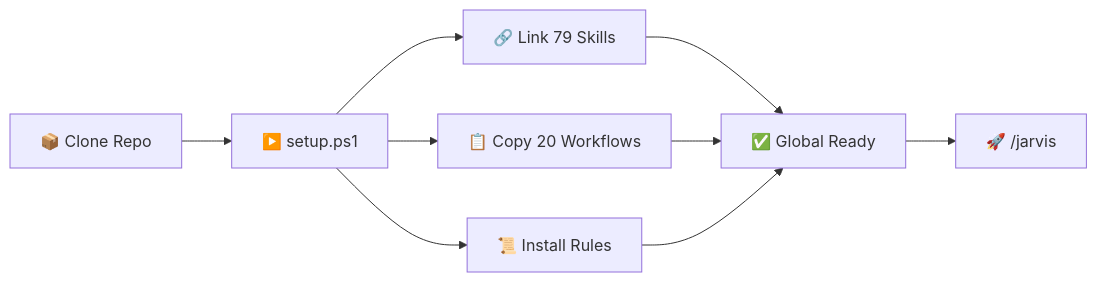
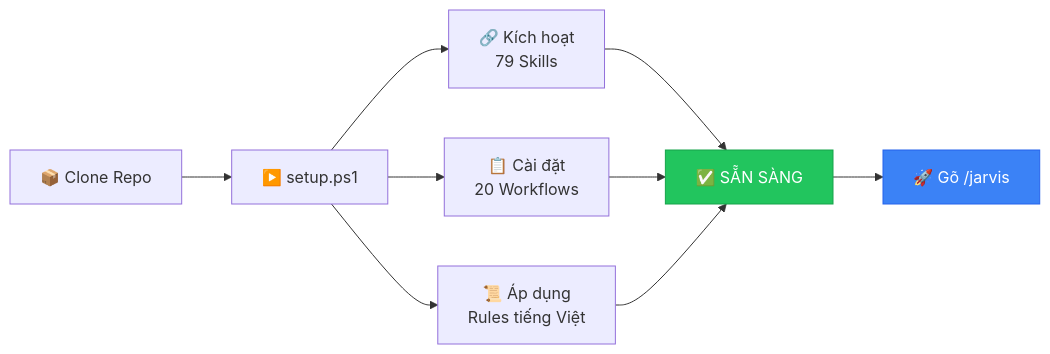
The first of 6 diagrams in README.md (xaotiensinh-abm/abm-workforce), drawn with Mermaid before and after one commit. The commit also changed other lines of this file, not shown here.

Commit message:
docs: README v4.0 emotional rewrite - pain points, CTAs, social proof, marketing-grade copy

````diff
--- a/README.md
+++ b/README.md
@@ -83,11 +128,14 @@
 ```mermaid
 graph LR
     A["📦 Clone Repo"] --> B["▶️ setup.ps1"]
-    B --> C["🔗 Link 79 Skills"]
-    B --> D["📋 Copy 20 Workflows"]
-    B --> E["📜 Install Rules"]
-    C --> F["✅ Global Ready"]
+    B --> C["🔗 Kích hoạt<br/>79 Skills"]
+    B --> D["📋 Cài đặt<br/>20 Workflows"]
+    B --> E["📜 Áp dụng<br/>Rules tiếng Việt"]
+    C --> F["✅ SẴN SÀNG"]
     D --> F
     E --> F
-    F --> G["🚀 /jarvis"]
+    F --> G["🚀 Gõ /jarvis"]
+
+    style F fill:#22c55e,color:#fff,stroke:#16a34a
+    style G fill:#3b82f6,color:#fff,stroke:#2563eb
 ```
````
